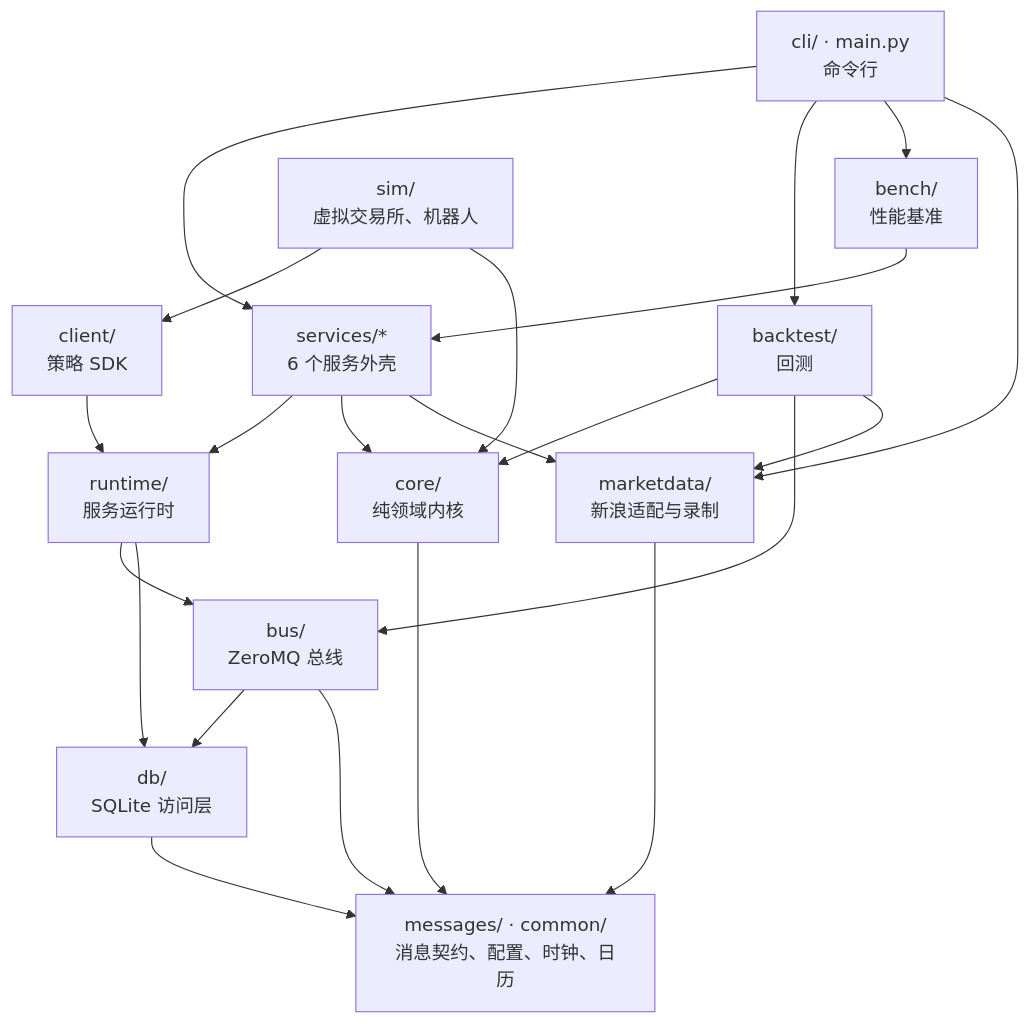
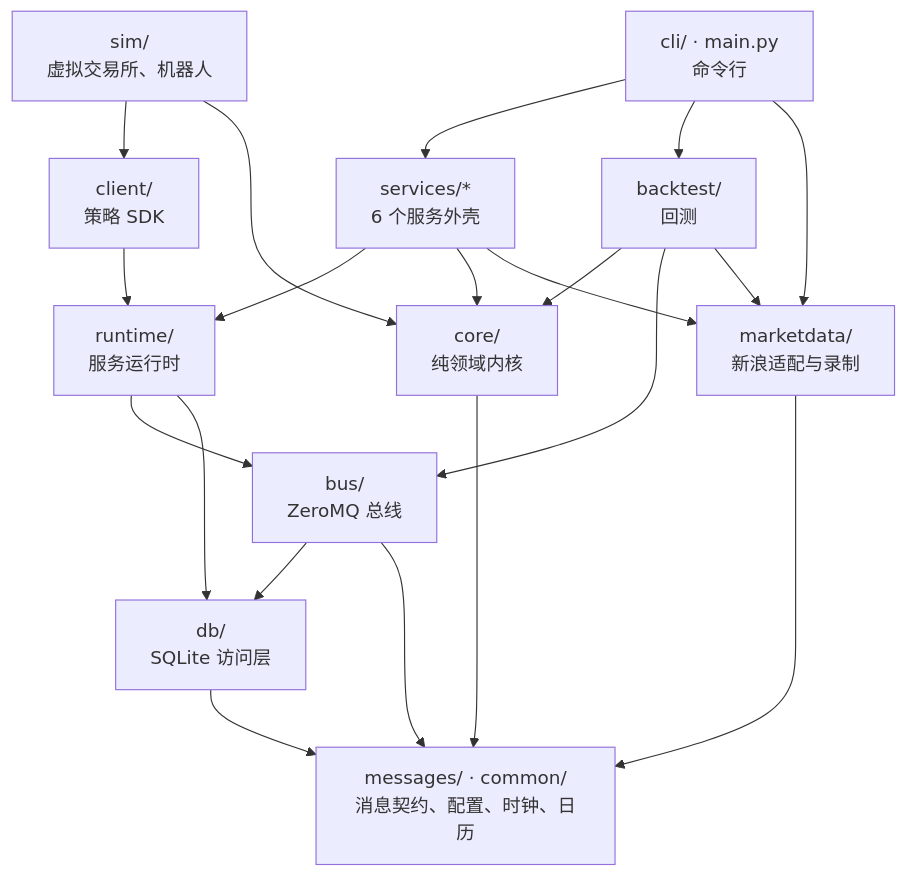
The diagram in docs/12-code-walkthrough.md (tom-xue-dev/futrisk), drawn with Mermaid before and after one commit. The commit also changed other lines of this file and 30 other files, not shown here.

````diff
--- a/docs/12-code-walkthrough.md
+++ b/docs/12-code-walkthrough.md
@@ -71,36 +70,33 @@
 ```mermaid
 flowchart TB
     CLI["cli/ · main.py<br/>命令行"]
-    BENCH["bench/<br/>性能基准"]
     SVC["services/*<br/>6 个服务外壳"]
     SIM["sim/<br/>虚拟交易所、机器人"]
     BT["backtest/<br/>回测"]
     CLIENT["client/<br/>策略 SDK"]
     RT["runtime/<br/>服务运行时"]
     BUS["bus/<br/>ZeroMQ 总线"]
     DB["db/<br/>SQLite 访问层"]
     MDA["marketdata/<br/>新浪适配与录制"]
     CORE["core/<br/>纯领域内核"]
     FOUND["messages/ · common/<br/>消息契约、配置、时钟、日历"]
     CLI --> SVC
     CLI --> BT
-    CLI --> BENCH
     CLI --> MDA
-    BENCH --> SVC
     SVC --> RT
     SVC --> CORE
     SVC --> MDA
     SIM --> CLIENT
     SIM --> CORE
     CLIENT --> RT
     BT --> CORE
     BT --> BUS
     BT --> MDA
     RT --> BUS
     RT --> DB
     BUS --> DB
     CORE --> FOUND
     BUS --> FOUND
     DB --> FOUND
     MDA --> FOUND
 ```
````
